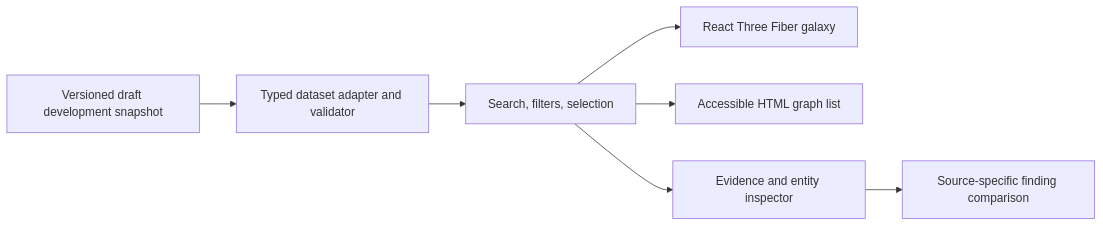
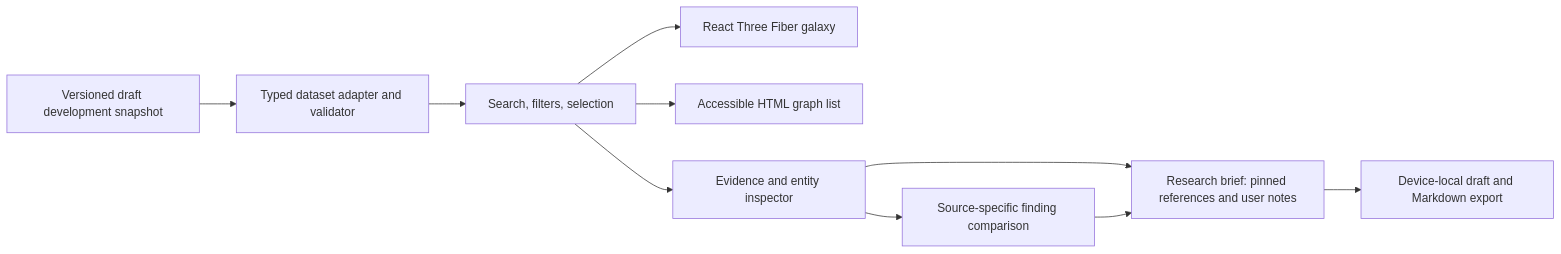
Before and after one commit to Enerep/discover-galaxy: the first of 2 diagrams in docs/architecture.md, drawn with Mermaid. The commit also changed other lines of this file and 18 other files, not shown here.

Commit message:
feat: add a locally saved research brief workspace

````diff
--- a/docs/architecture.md
+++ b/docs/architecture.md
@@ -15,9 +15,12 @@
 ```mermaid
 flowchart LR
     Snapshot[Versioned draft development snapshot] --> Adapter[Typed dataset adapter and validator]
     Adapter --> State[Search, filters, selection]
     State --> Galaxy[React Three Fiber galaxy]
     State --> List[Accessible HTML graph list]
     State --> Inspector[Evidence and entity inspector]
     Inspector --> Comparison[Source-specific finding comparison]
+    Inspector --> Brief[Research brief: pinned references and user notes]
+    Comparison --> Brief
+    Brief --> Local[Device-local draft and Markdown export]
 ```
````
